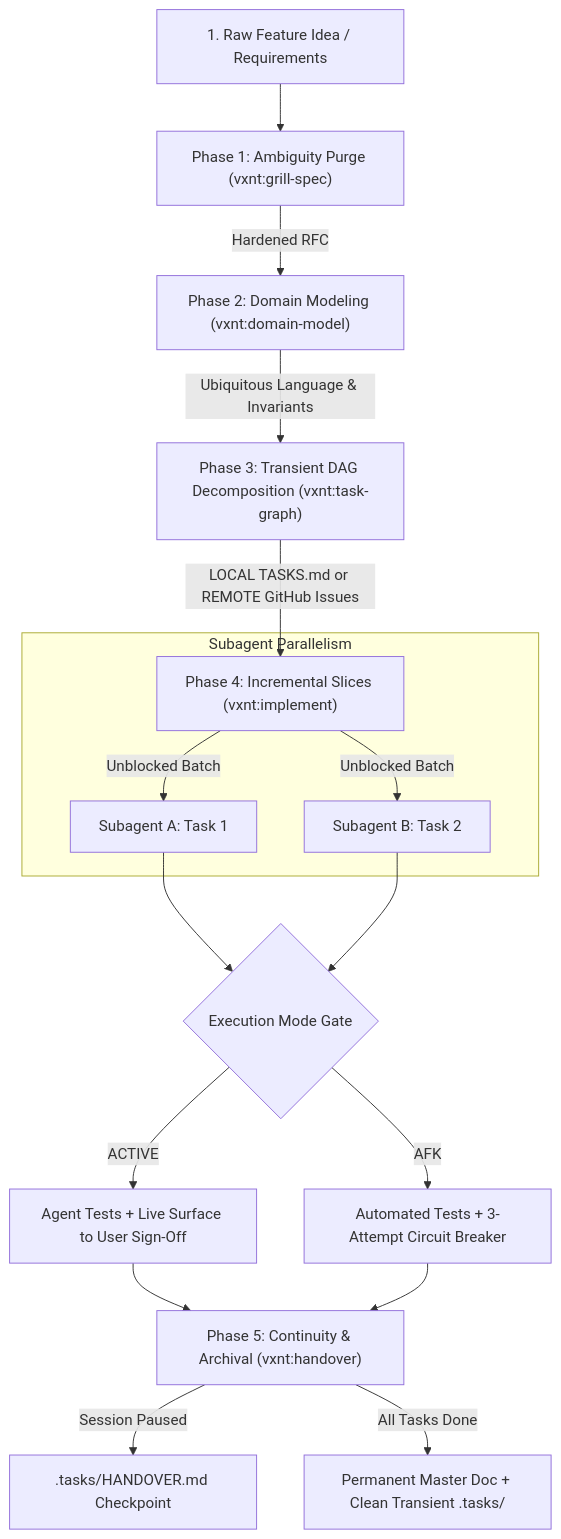
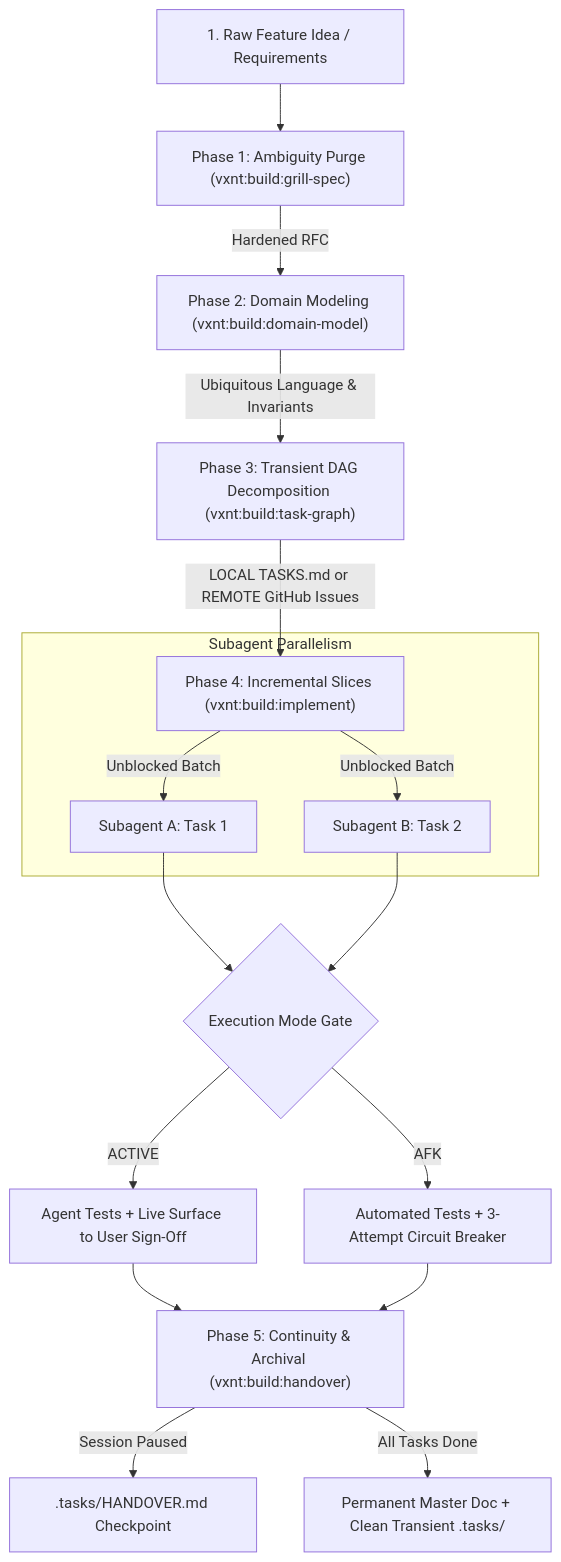
The diagram in recipes/build-pipeline.md (visualnaut/skills), drawn with Mermaid before and after one commit. The commit also changed other lines of this file and 86 other files, not shown here.

First line of the commit message:
feat(plugins): package as Gemini plugin, adopt three-tier vxnt:domain:* namespaces, and relative paths

````diff
--- a/recipes/build-pipeline.md
+++ b/recipes/build-pipeline.md
@@ -13,24 +13,24 @@
 ```mermaid
 flowchart TD
-    Idea["1. Raw Feature Idea / Requirements"] --> GS["Phase 1: Ambiguity Purge (vxnt:grill-spec)"]
-    GS -->|Hardened RFC| DM["Phase 2: Domain Modeling (vxnt:domain-model)"]
-    DM -->|Ubiquitous Language & Invariants| TG["Phase 3: Transient DAG Decomposition (vxnt:task-graph)"]
-    TG -->|LOCAL TASKS.md or REMOTE GitHub Issues| IMP["Phase 4: Incremental Slices (vxnt:implement)"]
+    Idea["1. Raw Feature Idea / Requirements"] --> GS["Phase 1: Ambiguity Purge (vxnt:build:grill-spec)"]
+    GS -->|Hardened RFC| DM["Phase 2: Domain Modeling (vxnt:build:domain-model)"]
+    DM -->|Ubiquitous Language & Invariants| TG["Phase 3: Transient DAG Decomposition (vxnt:build:task-graph)"]
+    TG -->|LOCAL TASKS.md or REMOTE GitHub Issues| IMP["Phase 4: Incremental Slices (vxnt:build:implement)"]
     
     subgraph ParallelExecution ["Subagent Parallelism"]
         IMP -->|Unblocked Batch| S1["Subagent A: Task 1"]
         IMP -->|Unblocked Batch| S2["Subagent B: Task 2"]
     end
     
     S1 --> Gate{"Execution Mode Gate"}
     S2 --> Gate
     
     Gate -->|ACTIVE| UserGate["Agent Tests + Live Surface to User Sign-Off"]
     Gate -->|AFK| AutoGate["Automated Tests + 3-Attempt Circuit Breaker"]
     
-    UserGate --> HO["Phase 5: Continuity & Archival (vxnt:handover)"]
+    UserGate --> HO["Phase 5: Continuity & Archival (vxnt:build:handover)"]
     AutoGate --> HO
     
     HO -->|Session Paused| Checkpoint[".tasks/HANDOVER.md Checkpoint"]
     HO -->|All Tasks Done| MasterDoc["Permanent Master Doc + Clean Transient .tasks/"]
 ```
````
